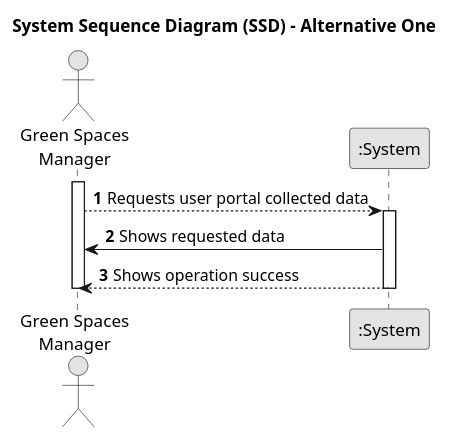
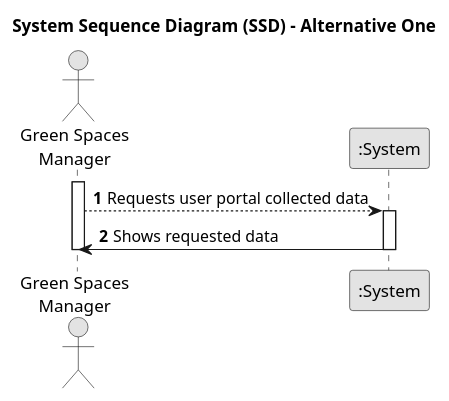
Before and after one commit to SAEmanuel/Green_Spaces_Management_ISEP: the diagram in docs/sprintB/us011/01.requirements-engineering/puml/us011-system-sequence-diagram-alternative-one.puml, drawn with PlantUML. The commit also changed 6 other files, not shown here.

```diff
--- a/docs/sprintB/us011/01.requirements-engineering/puml/us011-system-sequence-diagram-alternative-one.puml
+++ b/docs/sprintB/us011/01.requirements-engineering/puml/us011-system-sequence-diagram-alternative-one.puml
@@ -1,22 +1,21 @@
 @startuml
 skinparam monochrome true
 skinparam packageStyle rectangle
 skinparam shadowing false
 
 title System Sequence Diagram (SSD) - Alternative One
 
 autonumber
 
 actor "Green Spaces\nManager" as GSM
 participant ":System" as System
 
         activate GSM
 
         GSM --> System: Requests user portal collected data
         activate System
 
         System -> GSM : Shows requested data
-        System --> GSM : Shows operation success
         deactivate System
         deactivate GSM
 @enduml
```
